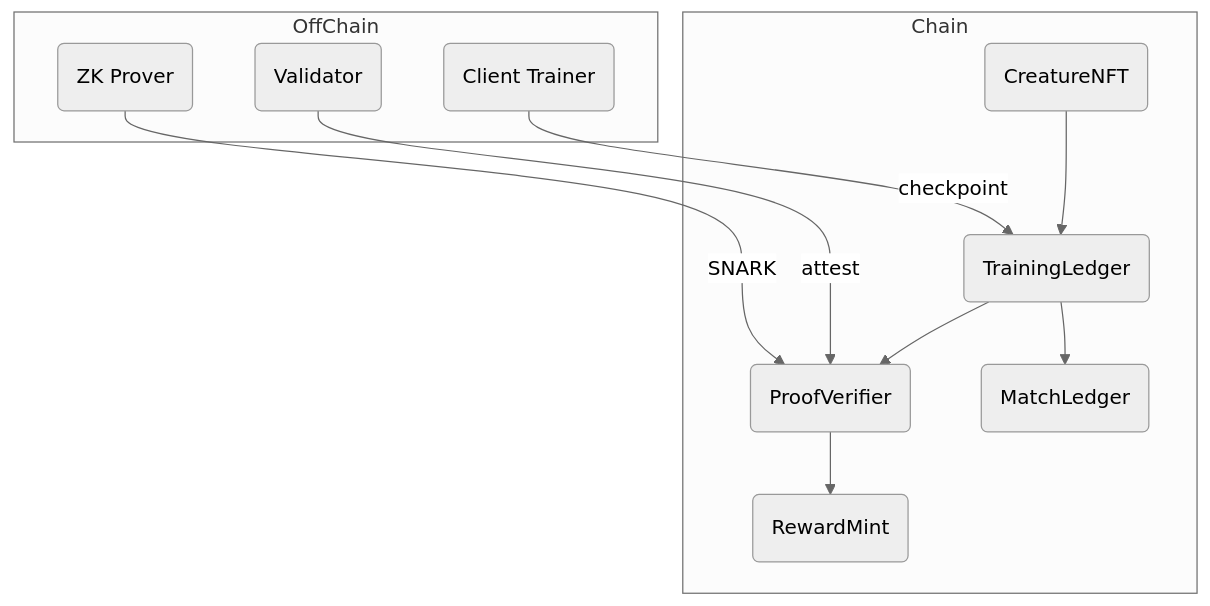
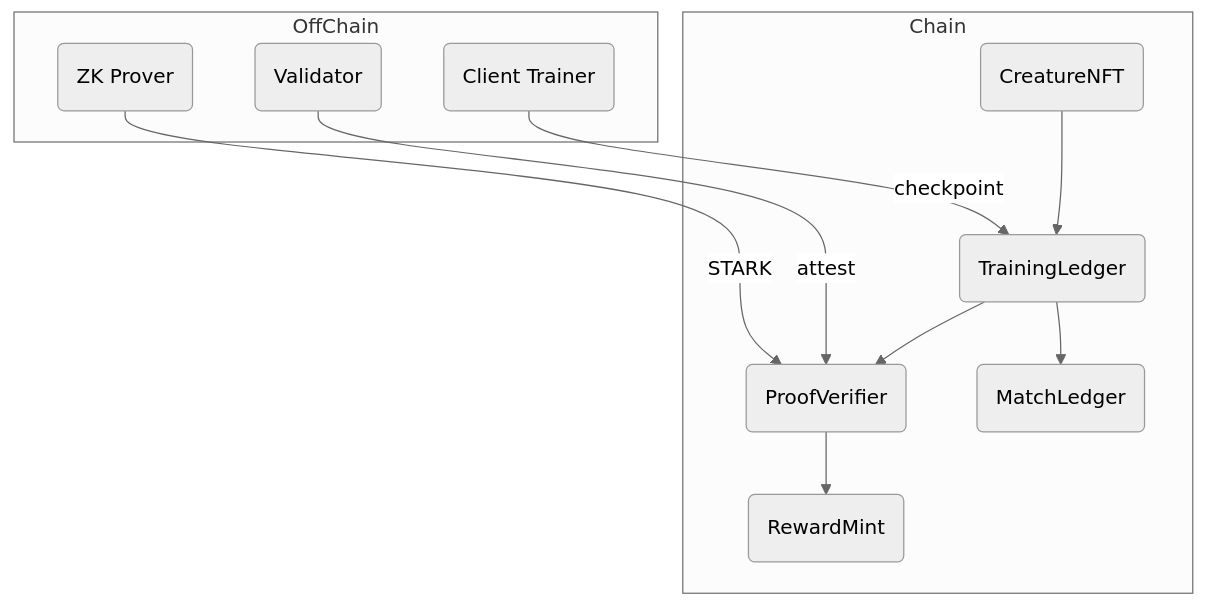
Before and after one commit to joshmorgan1000/chainbeasts: the diagram in whitepaper/ChainBeastsWhitepaper.md, drawn with Mermaid (neutral theme). The commit also changed other lines of this file and 60 other files, not shown here.

````diff
--- a/whitepaper/ChainBeastsWhitepaper.md
+++ b/whitepaper/ChainBeastsWhitepaper.md
@@ -28,16 +28,16 @@
 ```mermaid
 flowchart TD
   subgraph Chain
     A(CreatureNFT) --> B(TrainingLedger) --> C(ProofVerifier)
     C --> D(RewardMint)
     B --> E(MatchLedger)
   end
   subgraph OffChain
     F(Client Trainer)
     G(Validator)
     H(ZK Prover)
   end
   F -->|checkpoint| B
   G -->|attest| C
-  H -->|SNARK| C
+  H -->|STARK| C
 ```
````
